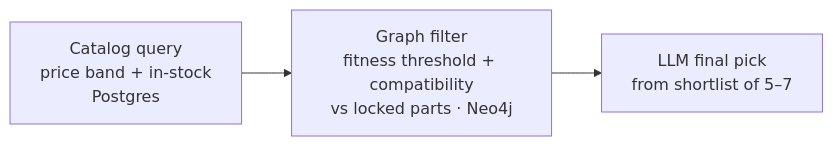
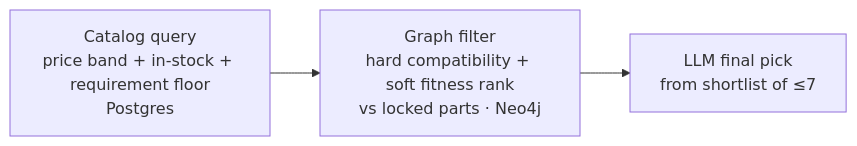
One commit to Arnav1108/Karma changed the second of 2 diagrams in karma ai/DESIGN.md. Above: the diagram before and after it, drawn with Mermaid. The commit also changed other lines of this file, not shown here.

````diff
--- a/karma ai/DESIGN.md
+++ b/karma ai/DESIGN.md
@@ -109,5 +124,5 @@
 ```mermaid
 flowchart LR
-    A[Catalog query<br/>price band + in-stock<br/>Postgres] --> B[Graph filter<br/>fitness threshold + compatibility<br/>vs locked parts · Neo4j]
-    B --> C[LLM final pick<br/>from shortlist of 5–7]
+    A[Catalog query<br/>price band + in-stock + requirement floor<br/>Postgres] --> B[Graph filter<br/>hard compatibility + soft fitness rank<br/>vs locked parts · Neo4j]
+    B --> C[LLM final pick<br/>from shortlist of ≤7]
 ```
````
